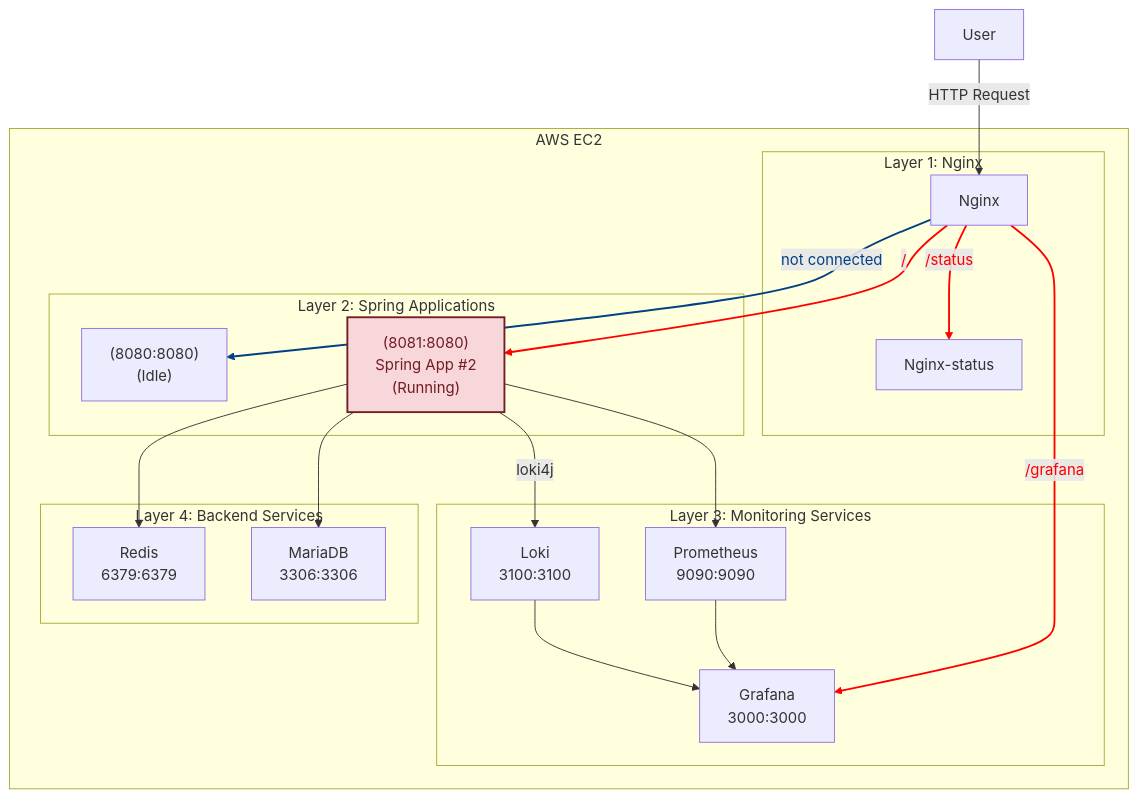
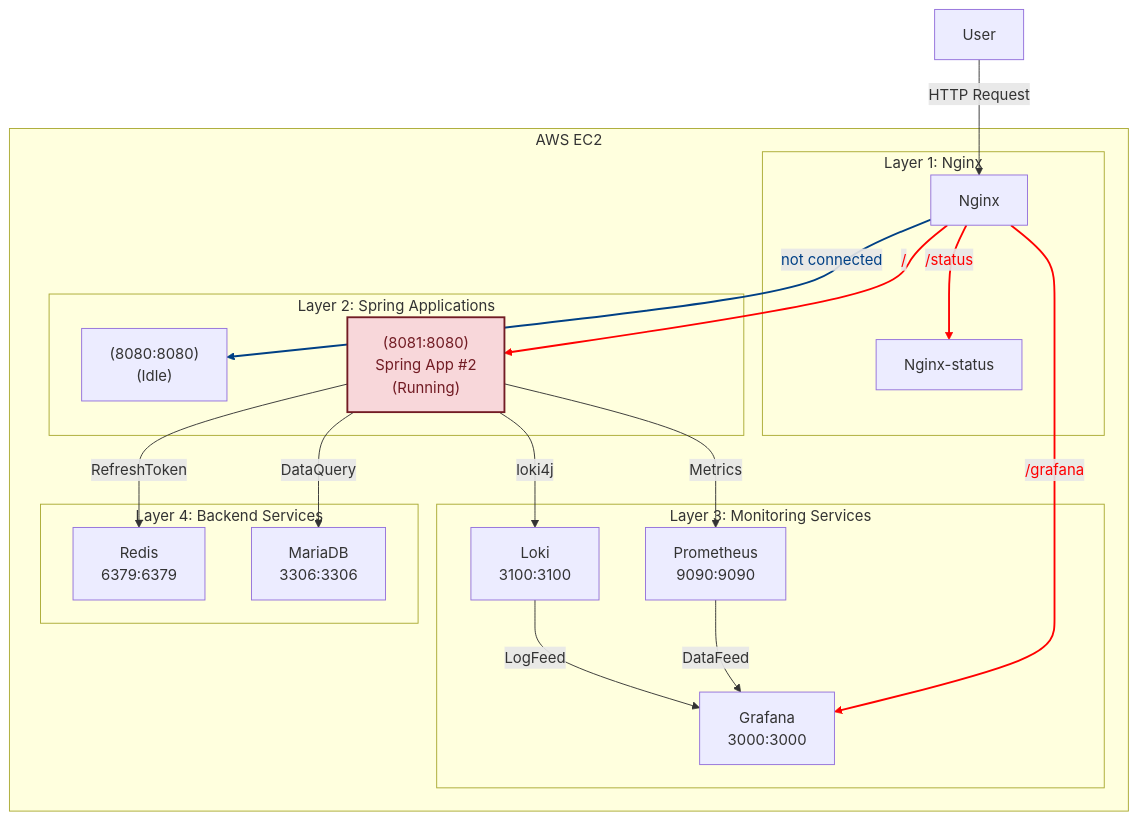
One commit to tape4/spring-cicd-template changed the fifth of 5 diagrams in README.md. Above: the diagram before and after it, drawn with Mermaid. The commit also changed other lines of this file, not shown here.

````diff
--- a/README.md
+++ b/README.md
@@ -256,59 +256,59 @@
 ```mermaid
 flowchart TD
 		%% 노드에 적용할 클래스 정의
     classDef redText fill:#f8d7da,stroke:#721c24,stroke-width:2px,color:#721c24;
     classDef blueText fill:#cce5ff,stroke:#004085,stroke-width:2px,color:#004085;
     
     %% 외부 사용자 노드
     U[User]
 
     %% AWS EC2 내 시스템 전체를 묶는 서브그래프
     subgraph "AWS EC2"
         %% Layer 1: Nginx
         subgraph "Layer 1: Nginx"
           N[Nginx]
           NS[Nginx-status]
         end
 
         %% Layer 2: Spring Applications
         subgraph "Layer 2: Spring Applications"
 					S1["(8080:8080)<br/>(Idle)"]
           S2["(8081:8080)<br/>Spring App #2<br/>(Running)"]
 	        class S2 redText
         end
 
         %% Layer 3: Monitoring Services
         subgraph "Layer 3: Monitoring Services"
           P[Prometheus<br/>9090:9090]
           G[Grafana<br/>3000:3000]
           L[Loki<br/>3100:3100]
         end
 
         %% Layer 4: Backend Services
         subgraph "Layer 4: Backend Services"
           R[Redis<br/>6379:6379]
           D[MariaDB<br/>3306:3306]
         end
 
         %% 내부 연결
         N -- "/" --> S2
         N -- "not connected" --> S1
         N -- "/status" --> NS
         N -- "/grafana" --> G
 
-        S2 --> P
+	S2 -- "Metrics" --> P
         S2 -- "loki4j" --> L
-        S2 --> R
-        S2 --> D
+        S2 -- "RefreshToken" --> R
+        S2 -- "DataQuery" --> D
 
-        P --> G
-        L --> G
+        P -- "DataFeed" --> G
+	L -- "LogFeed" --> G
     end
 
     U -->|HTTP Request| N
     
     linkStyle 0 stroke:#ff0000, stroke-width:2px, color:#ff0000
     linkStyle 1 stroke:#004085, stroke-width:2px, color:#004085
     linkStyle 2 stroke:#ff0000, stroke-width:2px, color:#ff0000
     linkStyle 3 stroke:#ff0000, stroke-width:2px, color:#ff0000
 ```
````
